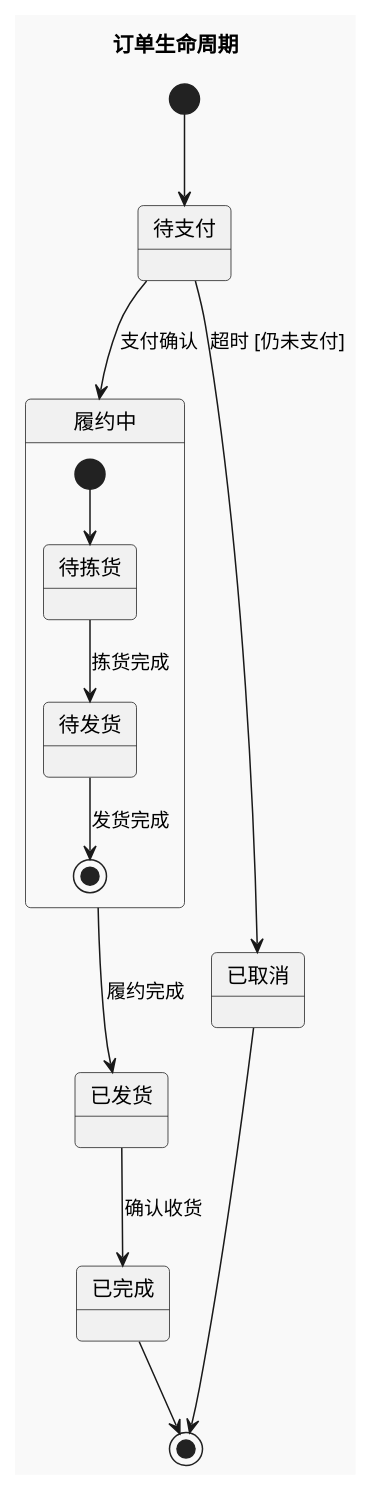
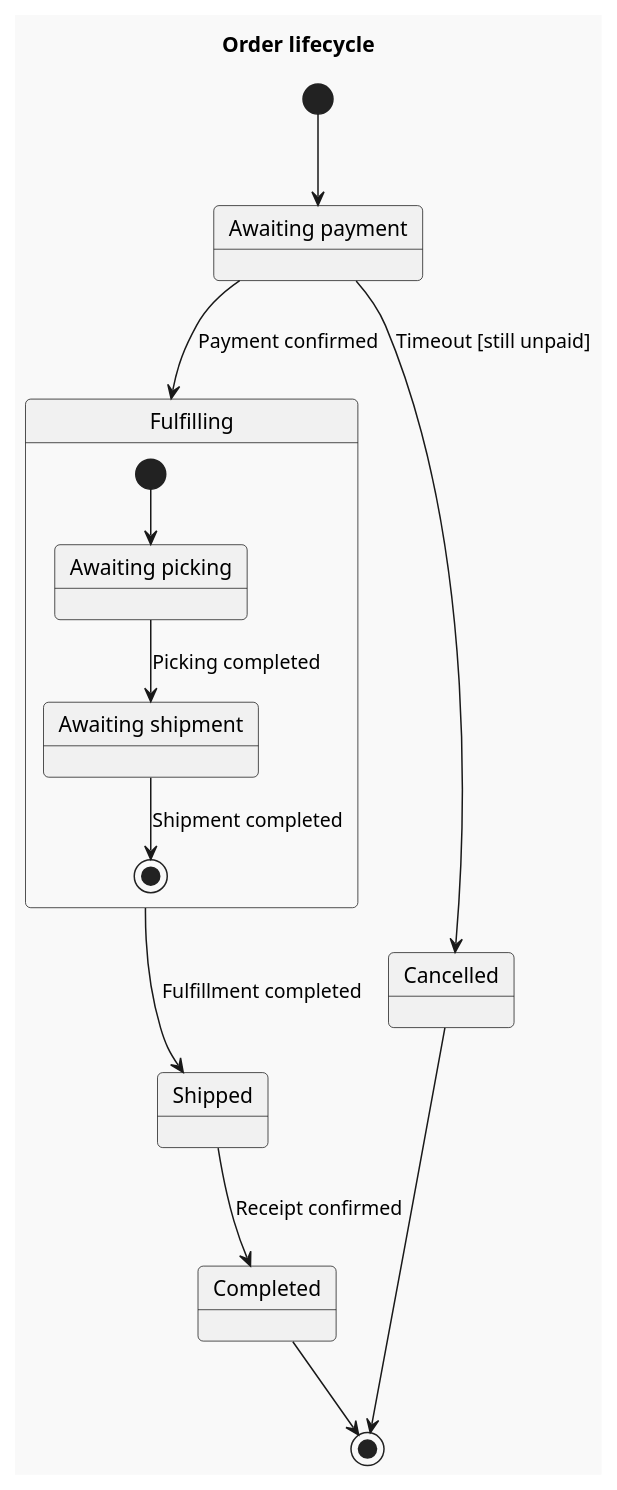
The diagram in skills/fuxian-diagram/references/plantuml/state.md (def-peter/fuxian), drawn with PlantUML before and after one commit. The commit also changed other lines of this file and 43 other files, not shown here.

Commit message:
feat(skills): internationalize diagram guides and expand type selection

````diff
--- a/skills/fuxian-diagram/references/plantuml/state.md
+++ b/skills/fuxian-diagram/references/plantuml/state.md
@@ -11,24 +11,24 @@
 ```plantuml
 @startuml
 !theme mars
-title 订单生命周期
-state "待支付" as Pending
-state "履约中" as Fulfilling {
-  state "待拣货" as Picking
-  state "待发货" as Packing
+title Order lifecycle
+state "Awaiting payment" as Pending
+state "Fulfilling" as Fulfilling {
+  state "Awaiting picking" as Picking
+  state "Awaiting shipment" as Packing
   [*] --> Picking
-  Picking --> Packing : 拣货完成
-  Packing --> [*] : 发货完成
+  Picking --> Packing : Picking completed
+  Packing --> [*] : Shipment completed
 }
-state "已发货" as Shipped
-state "已完成" as Completed
-state "已取消" as Cancelled
+state "Shipped" as Shipped
+state "Completed" as Completed
+state "Cancelled" as Cancelled
 [*] --> Pending
-Pending --> Fulfilling : 支付确认
-Pending --> Cancelled : 超时 [仍未支付]
-Fulfilling --> Shipped : 履约完成
-Shipped --> Completed : 确认收货
+Pending --> Fulfilling : Payment confirmed
+Pending --> Cancelled : Timeout [still unpaid]
+Fulfilling --> Shipped : Fulfillment completed
+Shipped --> Completed : Receipt confirmed
 Completed --> [*]
 Cancelled --> [*]
 @enduml
 ```
````
